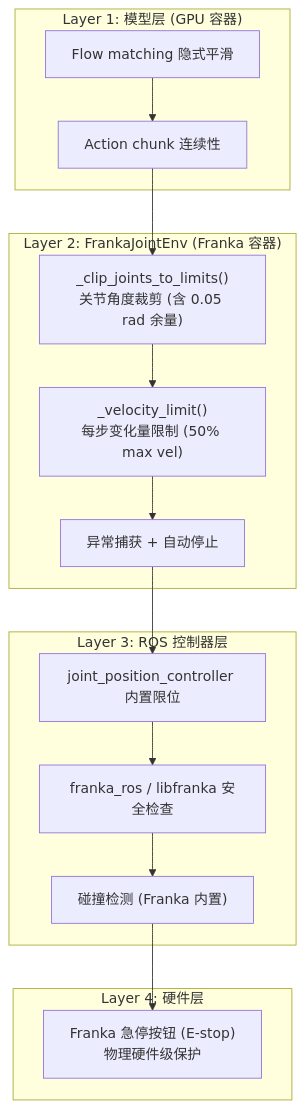
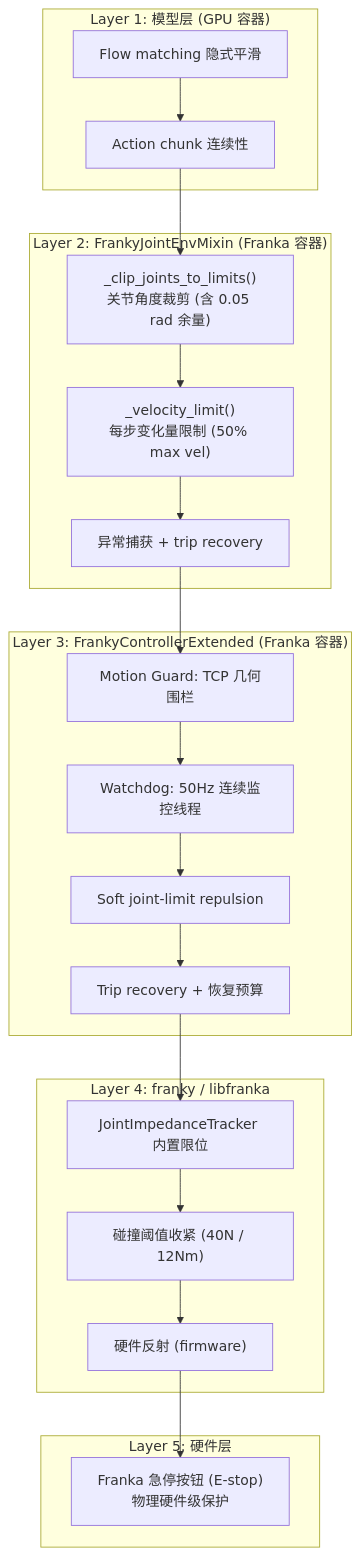
One commit to Avant-US/RLinf changed the ninth of 14 diagrams in b/d/frk1/4wvla_rlinf_eval_2.md. Above: the diagram before and after it, drawn with Mermaid. The commit also changed other lines of this file and 14 other files, not shown here.

````diff
--- a/b/d/frk1/4wvla_rlinf_eval_2.md
+++ b/b/d/frk1/4wvla_rlinf_eval_2.md
@@ -1505,26 +1598,34 @@
 ```mermaid
 graph TB
     subgraph "Layer 1: 模型层 (GPU 容器)"
         L1A["Flow matching 隐式平滑"]
         L1B["Action chunk 连续性"]
     end
 
-    subgraph "Layer 2: FrankaJointEnv (Franka 容器)"
+    subgraph "Layer 2: FrankyJointEnvMixin (Franka 容器)"
         L2A["_clip_joints_to_limits()<br/>关节角度裁剪 (含 0.05 rad 余量)"]
         L2B["_velocity_limit()<br/>每步变化量限制 (50% max vel)"]
-        L2C["异常捕获 + 自动停止"]
+        L2C["异常捕获 + trip recovery"]
     end
 
-    subgraph "Layer 3: ROS 控制器层"
-        L3A["joint_position_controller 内置限位"]
-        L3B["franka_ros / libfranka 安全检查"]
-        L3C["碰撞检测 (Franka 内置)"]
+    subgraph "Layer 3: FrankyControllerExtended (Franka 容器)"
+        L3A["Motion Guard: TCP 几何围栏"]
+        L3B["Watchdog: 50Hz 连续监控线程"]
+        L3C["Soft joint-limit repulsion"]
+        L3D["Trip recovery + 恢复预算"]
     end
 
-    subgraph "Layer 4: 硬件层"
-        L4["Franka 急停按钮 (E-stop)<br/>物理硬件级保护"]
+    subgraph "Layer 4: franky / libfranka"
+        L4A["JointImpedanceTracker 内置限位"]
+        L4B["碰撞阈值收紧 (40N / 12Nm)"]
+        L4C["硬件反射 (firmware)"]
+    end
+
+    subgraph "Layer 5: 硬件层"
+        L5["Franka 急停按钮 (E-stop)<br/>物理硬件级保护"]
     end
 
     L1A --> L1B --> L2A --> L2B --> L2C
-    L2C --> L3A --> L3B --> L3C --> L4
+    L2C --> L3A --> L3B --> L3C --> L3D
+    L3D --> L4A --> L4B --> L4C --> L5
 ```
````
